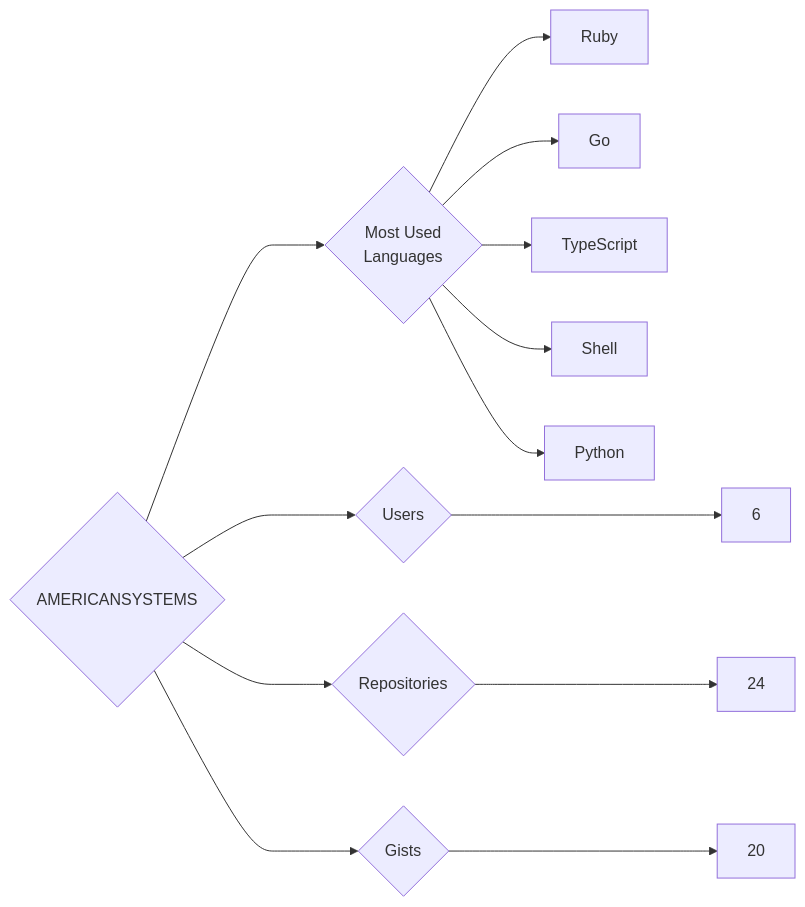
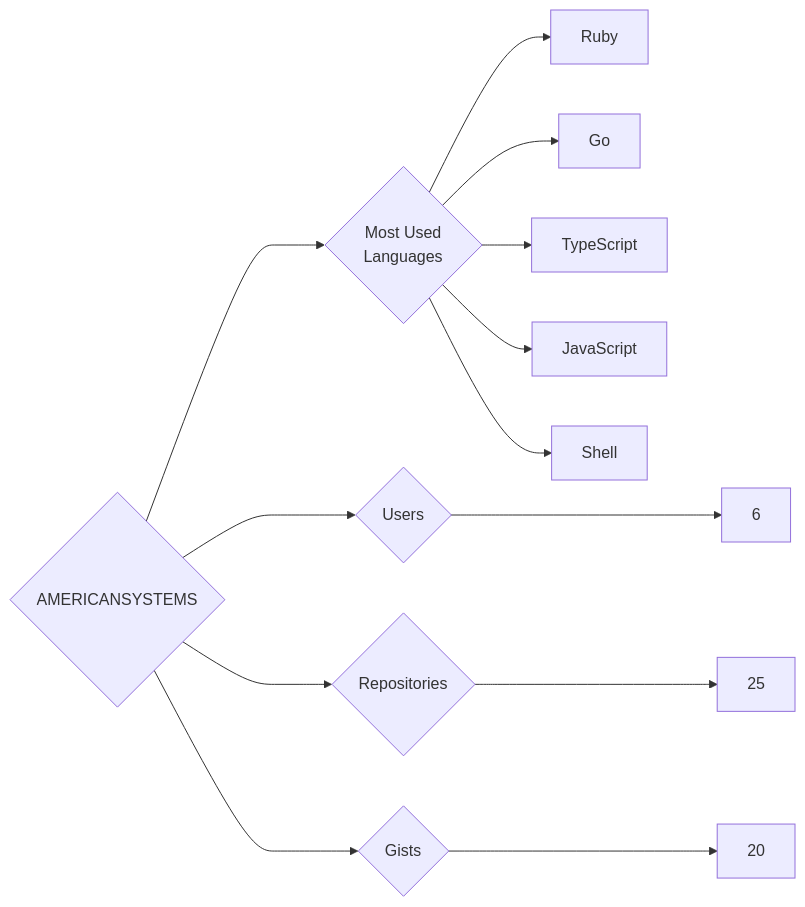
One commit to trickest/insiders changed the diagram in targets/AMERICANSYSTEMS/README.md. Above: the diagram before and after it, drawn with Mermaid. The commit also changed 859 other files, not shown here.

````diff
--- a/targets/AMERICANSYSTEMS/README.md
+++ b/targets/AMERICANSYSTEMS/README.md
@@ -3,13 +3,13 @@
 ```mermaid
 graph LR
 COMPANY_NAME{AMERICANSYSTEMS}
 COMPANY_NAME ---> U{Users} ---> UN[6]
-COMPANY_NAME ---> R{Repositories} ---> RN[24]
+COMPANY_NAME ---> R{Repositories} ---> RN[25]
 COMPANY_NAME ---> G{Gists} ---> GN[20]
 COMPANY_NAME ---> ML{Most Used<br>Languages}
 ML --> Ruby[Ruby]
 ML --> Go[Go]
 ML --> TypeScript[TypeScript]
+ML --> JavaScript[JavaScript]
 ML --> Shell[Shell]
-ML --> Python[Python]
 ```
````
